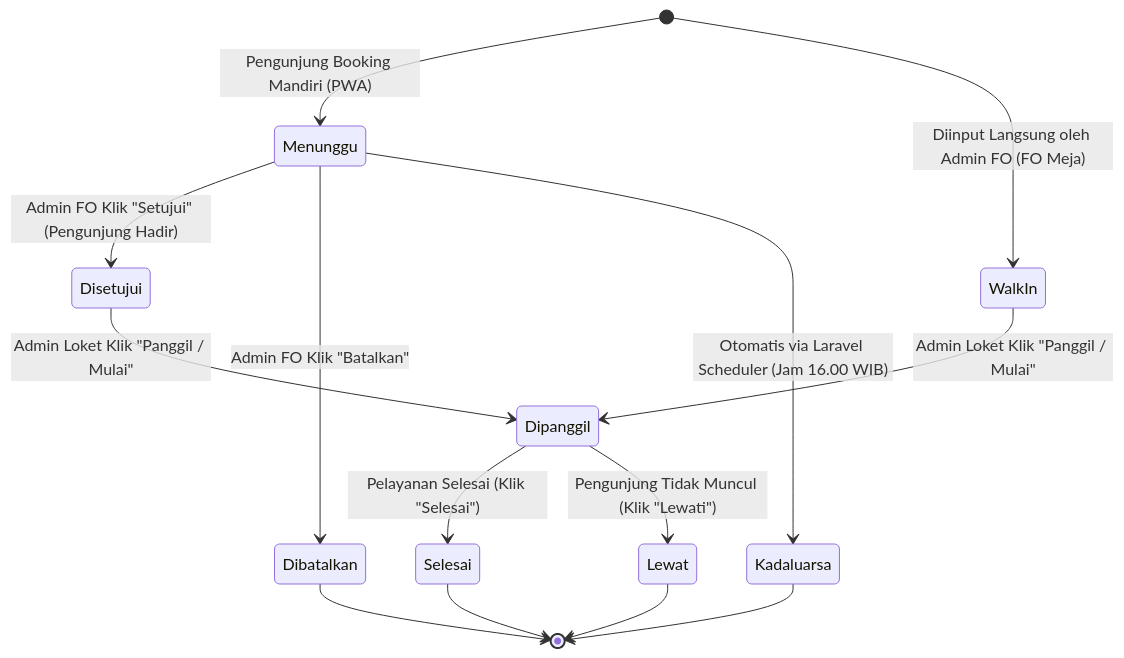
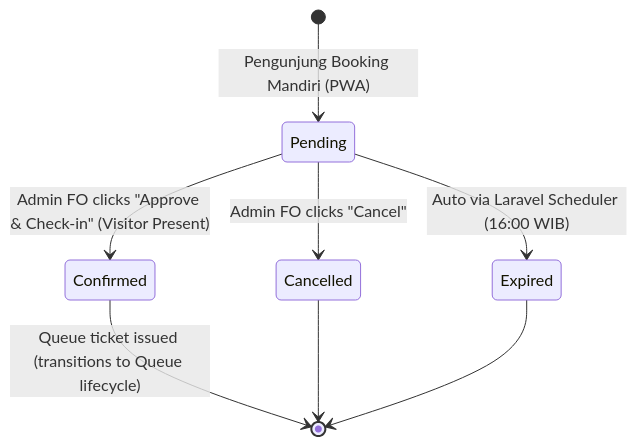
One commit to zakyrmh/pbl-spektra changed the first of 2 diagrams in docs/diagrams/state-machine-diagram/state-machine-diagram.md. Above: the diagram before and after it, drawn with Mermaid. The commit also changed other lines of this file and 12 other files, not shown here.

Commit message:
docs: refactor and sync all diagrams with production database schema and english enums

````diff
--- a/docs/diagrams/state-machine-diagram/state-machine-diagram.md
+++ b/docs/diagrams/state-machine-diagram/state-machine-diagram.md
@@ -1,31 +3,19 @@
 ```mermaid
 stateDiagram-v2
     classDef statusStyle fill:#bbf,stroke:#333,stroke-width:1px;
 
-    [*] --> Menunggu : Pengunjung Booking Mandiri (PWA)
-    [*] --> WalkIn : Diinput Langsung oleh Admin FO (FO Meja)
+    [*] --> Pending : Pengunjung Booking Mandiri (PWA)
 
-    state Menunggu :::statusStyle
-    state WalkIn :::statusStyle
-    state Disetujui :::statusStyle
-    state Dibatalkan :::statusStyle
-    state Kadaluarsa :::statusStyle
-    state Dipanggil :::statusStyle
-    state Selesai :::statusStyle
-    state Lewat :::statusStyle
+    state Pending :::statusStyle
+    state Confirmed :::statusStyle
+    state Cancelled :::statusStyle
+    state Expired :::statusStyle
 
-    Menunggu --> Disetujui : Admin FO Klik "Setujui" (Pengunjung Hadir)
-    Menunggu --> Dibatalkan : Admin FO Klik "Batalkan"
-    Menunggu --> Kadaluarsa : Otomatis via Laravel Scheduler (Jam 16.00 WIB)
+    Pending --> Confirmed : Admin FO clicks "Approve & Check-in" (Visitor Present)
+    Pending --> Cancelled : Admin FO clicks "Cancel"
+    Pending --> Expired : Auto via Laravel Scheduler (16:00 WIB)
 
-    Disetujui --> Dipanggil : Admin Loket Klik "Panggil / Mulai"
-    WalkIn --> Dipanggil : Admin Loket Klik "Panggil / Mulai"
-
-    Dipanggil --> Selesai : Pelayanan Selesai (Klik "Selesai")
-    Dipanggil --> Lewat : Pengunjung Tidak Muncul (Klik "Lewati")
-
-    Selesai --> [*]
-    Dibatalkan --> [*]
-    Kadaluarsa --> [*]
-    Lewat --> [*]
+    Confirmed --> [*] : Queue ticket issued (transitions to Queue lifecycle)
+    Cancelled --> [*]
+    Expired --> [*]
 ```
````
